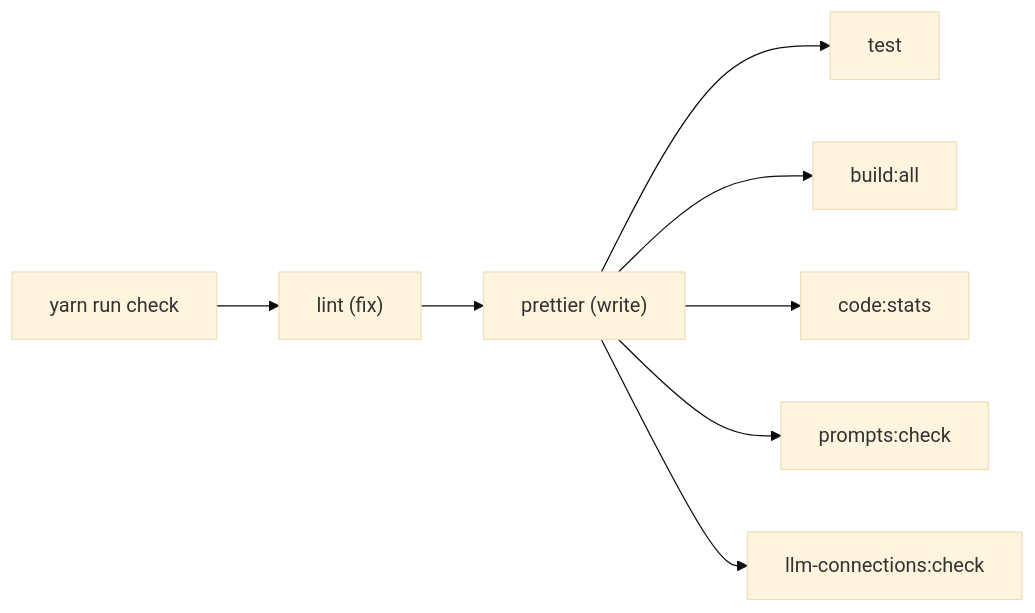
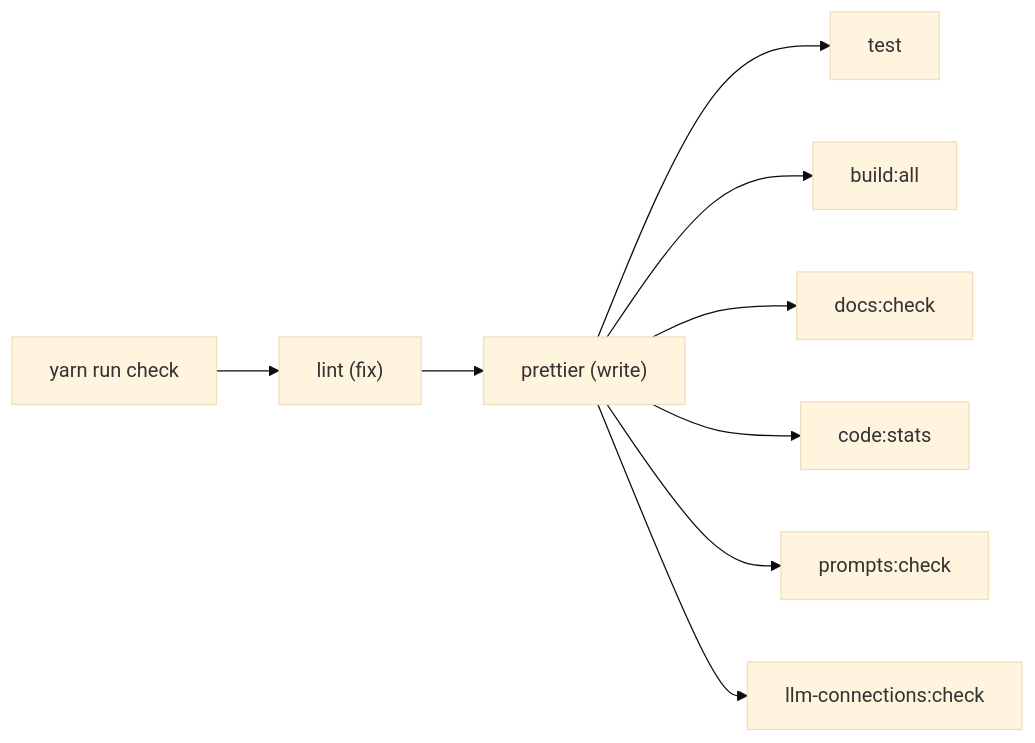
The first of 4 diagrams in README.md (Chronote-gg/Chronote), drawn with Mermaid (base theme) before and after one commit. The commit also changed other lines of this file and 34 other files, not shown here.

````diff
--- a/README.md
+++ b/README.md
@@ -78,10 +80,11 @@
 ```mermaid
 flowchart LR
   A["yarn run check"] --> B["lint (fix)"]
   B --> C["prettier (write)"]
   C --> D["test"]
   C --> E["build:all"]
-  C --> F["code:stats"]
-  C --> G["prompts:check"]
-  C --> H["llm-connections:check"]
+  C --> F["docs:check"]
+  C --> G["code:stats"]
+  C --> H["prompts:check"]
+  C --> I["llm-connections:check"]
 ```
````
